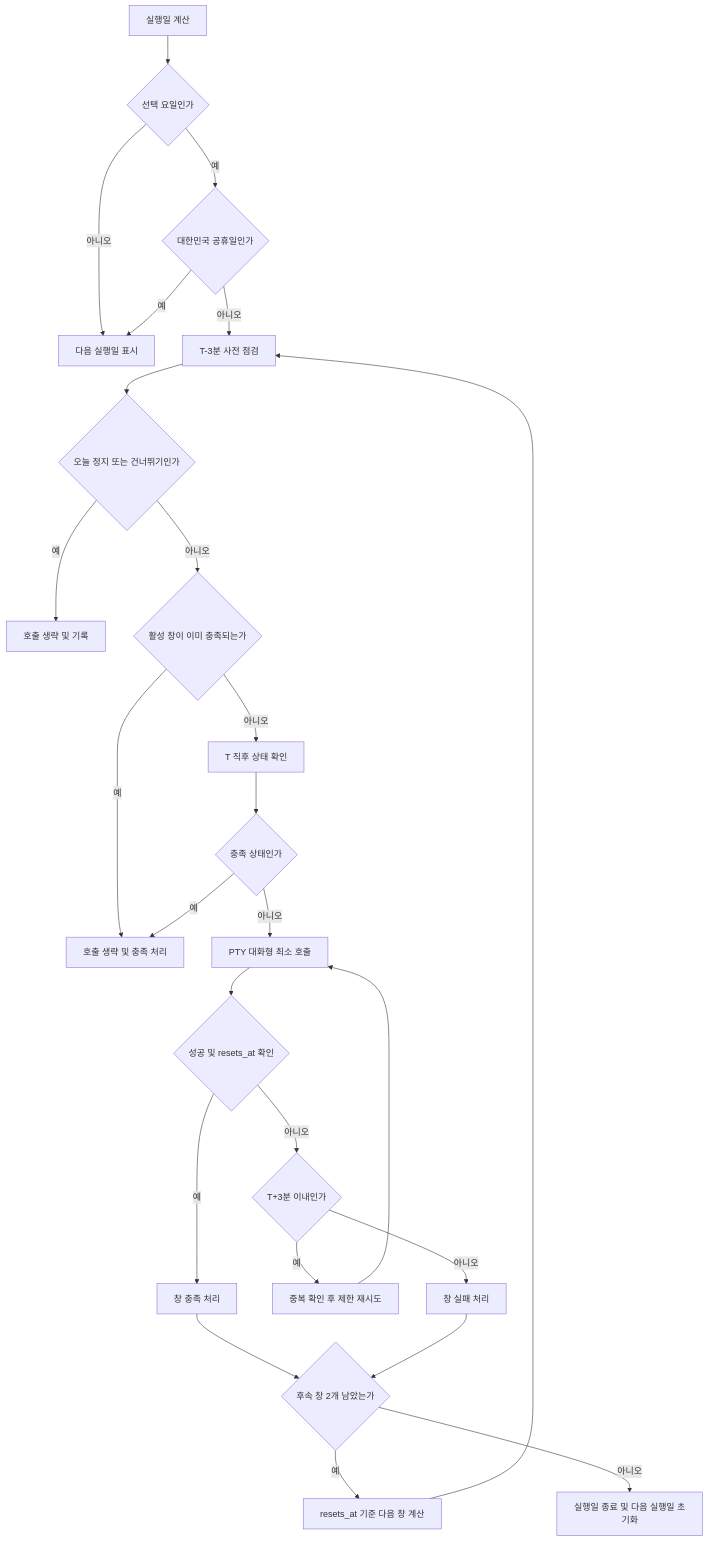
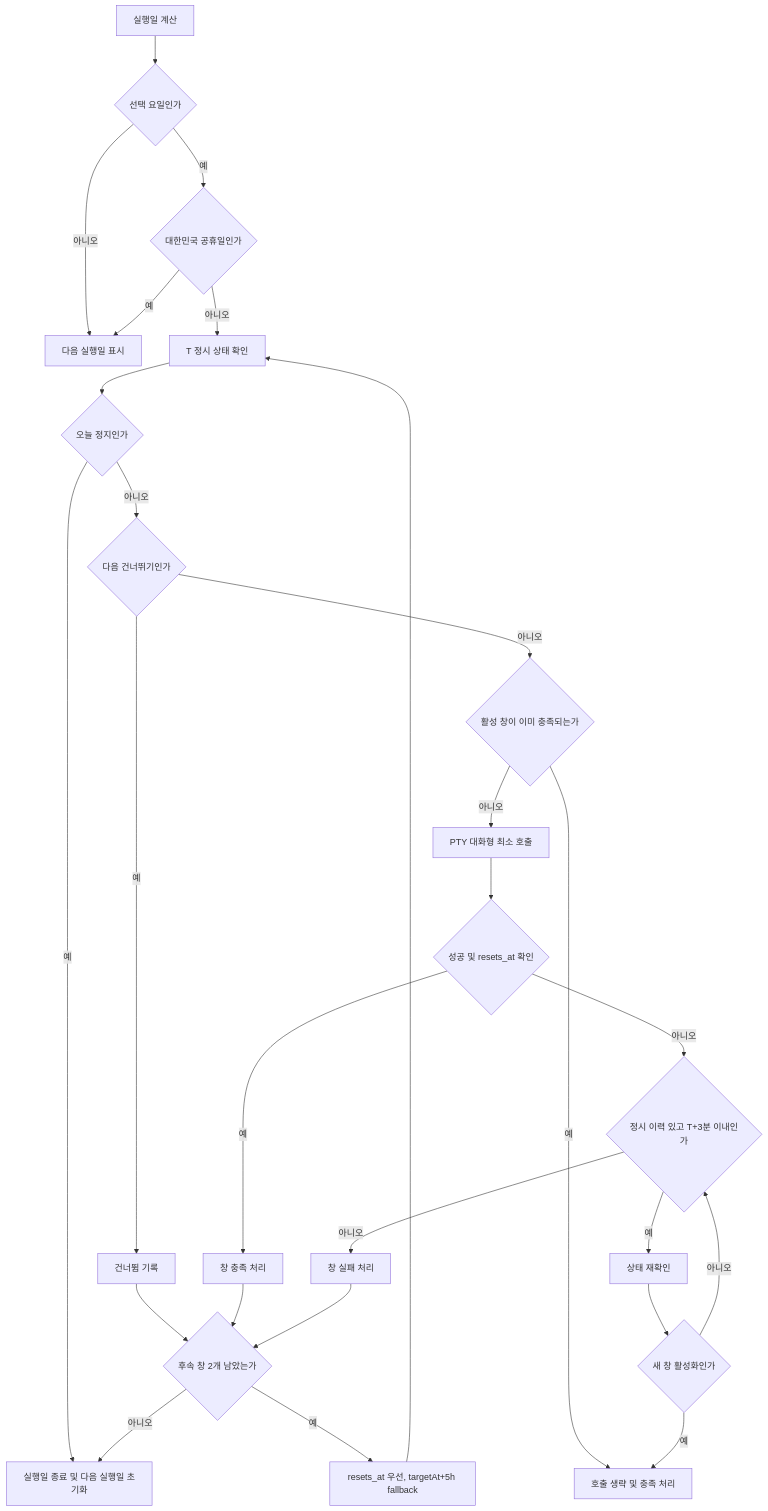
One commit to Sharknia/claude-session changed the diagram in 02_USER_FLOW.md. Above: the diagram before and after it, drawn with Mermaid. The commit also changed other lines of this file and 19 other files, not shown here.

````diff
--- a/02_USER_FLOW.md
+++ b/02_USER_FLOW.md
@@ -112,27 +110,29 @@
 ```mermaid
 flowchart TD
     A[실행일 계산] --> B{선택 요일인가}
     B -- 아니오 --> Z[다음 실행일 표시]
     B -- 예 --> C{대한민국 공휴일인가}
     C -- 예 --> Z
-    C -- 아니오 --> D[T-3분 사전 점검]
-    D --> E{오늘 정지 또는 건너뛰기인가}
-    E -- 예 --> S[호출 생략 및 기록]
-    E -- 아니오 --> F{활성 창이 이미 충족되는가}
+    C -- 아니오 --> D[T 정시 상태 확인]
+    D --> E{오늘 정지인가}
+    E -- 예 --> R[실행일 종료 및 다음 실행일 초기화]
+    E -- 아니오 --> E2{다음 건너뛰기인가}
+    E2 -- 예 --> S[건너뜀 기록]
+    S --> P
+    E2 -- 아니오 --> F{활성 창이 이미 충족되는가}
     F -- 예 --> G[호출 생략 및 충족 처리]
-    F -- 아니오 --> H[T 직후 상태 확인]
-    H --> I{충족 상태인가}
-    I -- 예 --> G
-    I -- 아니오 --> J[PTY 대화형 최소 호출]
+    F -- 아니오 --> J[PTY 대화형 최소 호출]
     J --> K{성공 및 resets_at 확인}
     K -- 예 --> L[창 충족 처리]
-    K -- 아니오 --> M{T+3분 이내인가}
-    M -- 예 --> N[중복 확인 후 제한 재시도]
-    N --> J
+    K -- 아니오 --> M{정시 이력 있고 T+3분 이내인가}
+    M -- 예 --> N[상태 재확인]
+    N --> I{새 창 활성화인가}
+    I -- 예 --> G
+    I -- 아니오 --> M
     M -- 아니오 --> O[창 실패 처리]
     L --> P{후속 창 2개 남았는가}
     O --> P
-    P -- 예 --> Q[resets_at 기준 다음 창 계산]
+    P -- 예 --> Q[resets_at 우선, targetAt+5h fallback]
     Q --> D
     P -- 아니오 --> R[실행일 종료 및 다음 실행일 초기화]
 ```
````
